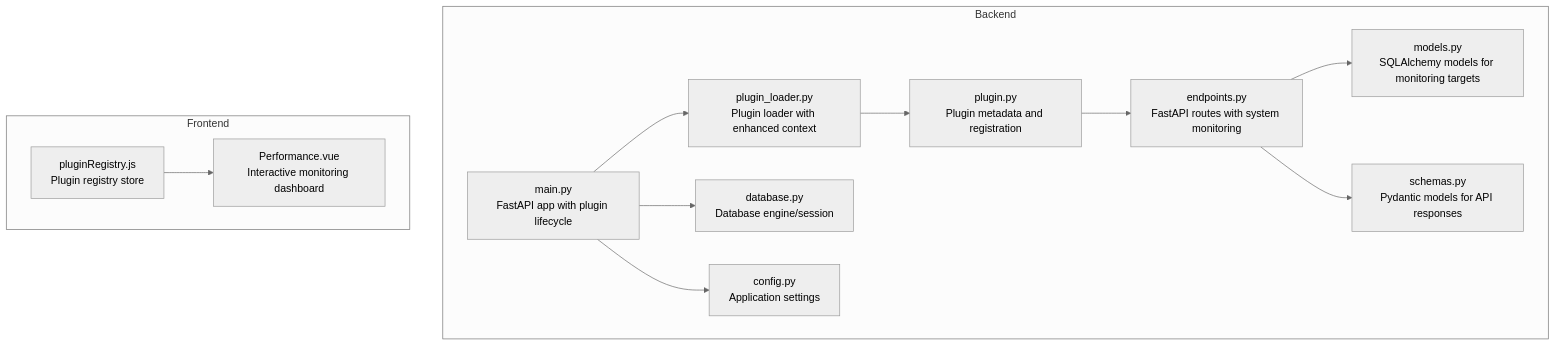
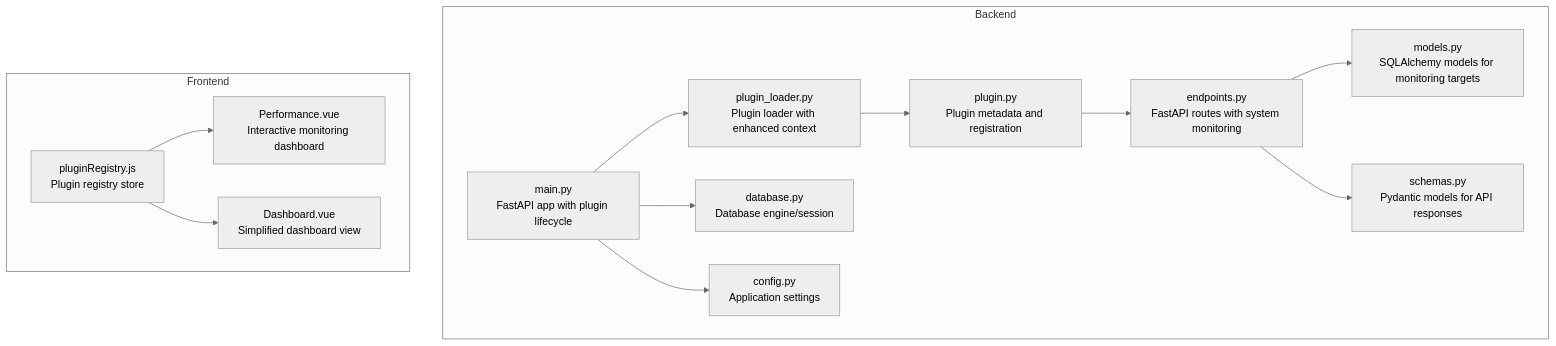
One commit to Nikita5543/New-SSO-02 changed the first of 11 diagrams in .qoder/repowiki/en/content/Built-in Plugins/Performance Plugin.md. Above: the diagram before and after it, drawn with Mermaid (neutral theme). The commit also changed other lines of this file and 3 other files, not shown here.

````diff
--- a/.qoder/repowiki/en/content/Built-in Plugins/Performance Plugin.md
+++ b/.qoder/repowiki/en/content/Built-in Plugins/Performance Plugin.md
@@ -60,25 +63,27 @@
 ```mermaid
 graph TB
 subgraph "Backend"
 A["plugin.py<br/>Plugin metadata and registration"]
 B["models.py<br/>SQLAlchemy models for monitoring targets"]
 C["schemas.py<br/>Pydantic models for API responses"]
 D["endpoints.py<br/>FastAPI routes with system monitoring"]
 E["plugin_loader.py<br/>Plugin loader with enhanced context"]
 F["config.py<br/>Application settings"]
 G["database.py<br/>Database engine/session"]
 H["main.py<br/>FastAPI app with plugin lifecycle"]
 end
 subgraph "Frontend"
 V["Performance.vue<br/>Interactive monitoring dashboard"]
 R["pluginRegistry.js<br/>Plugin registry store"]
+DV["Dashboard.vue<br/>Simplified dashboard view"]
 end
 H --> E
 E --> A
 A --> D
 D --> B
 D --> C
 H --> G
 H --> F
 R --> V
+R --> DV
 ```
````
